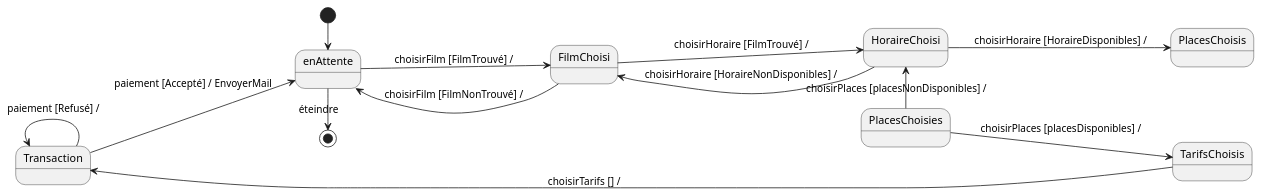
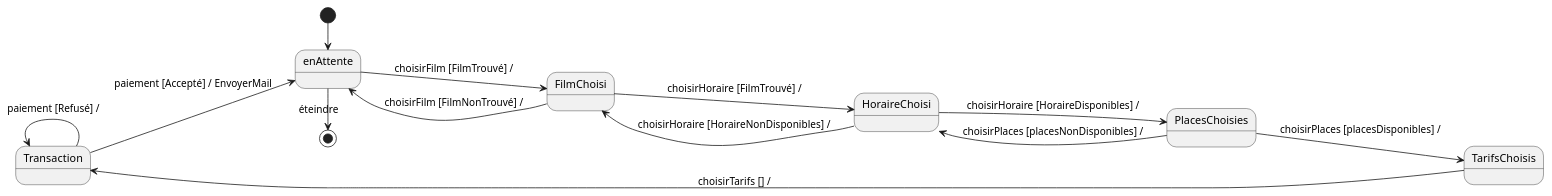
Before and after one commit to AquaBx/omd-tp-1: the diagram in uml/code/4-diagrammeEtat1.puml, drawn with PlantUML. The commit also changed 3 other files, not shown here.

Commit message:
amélioration diagrammes d'état + rédaction complète

```diff
--- a/uml/code/4-diagrammeEtat1.puml
+++ b/uml/code/4-diagrammeEtat1.puml
@@ -1,24 +1,24 @@
 @startuml
 left to right direction
 
 [*] -> enAttente
 enAttente->[*] : éteindre
 
 enAttente --> FilmChoisi : choisirFilm [FilmTrouvé] /
 
 enAttente <- FilmChoisi : choisirFilm [FilmNonTrouvé] /
 FilmChoisi --> HoraireChoisi : choisirHoraire [FilmTrouvé] /
 
 FilmChoisi <- HoraireChoisi : choisirHoraire [HoraireNonDisponibles] /
-HoraireChoisi --> PlacesChoisis : choisirHoraire [HoraireDisponibles] /
+HoraireChoisi --> PlacesChoisies : choisirHoraire [HoraireDisponibles] /
 
 HoraireChoisi <- PlacesChoisies : choisirPlaces [placesNonDisponibles] /
 PlacesChoisies --> TarifsChoisis : choisirPlaces [placesDisponibles] /
 
 TarifsChoisis --> Transaction : choisirTarifs [] /
 
 Transaction <- Transaction : paiement [Refusé] /
 Transaction --> enAttente : paiement [Accepté] / EnvoyerMail
 
 
 @enduml
```
